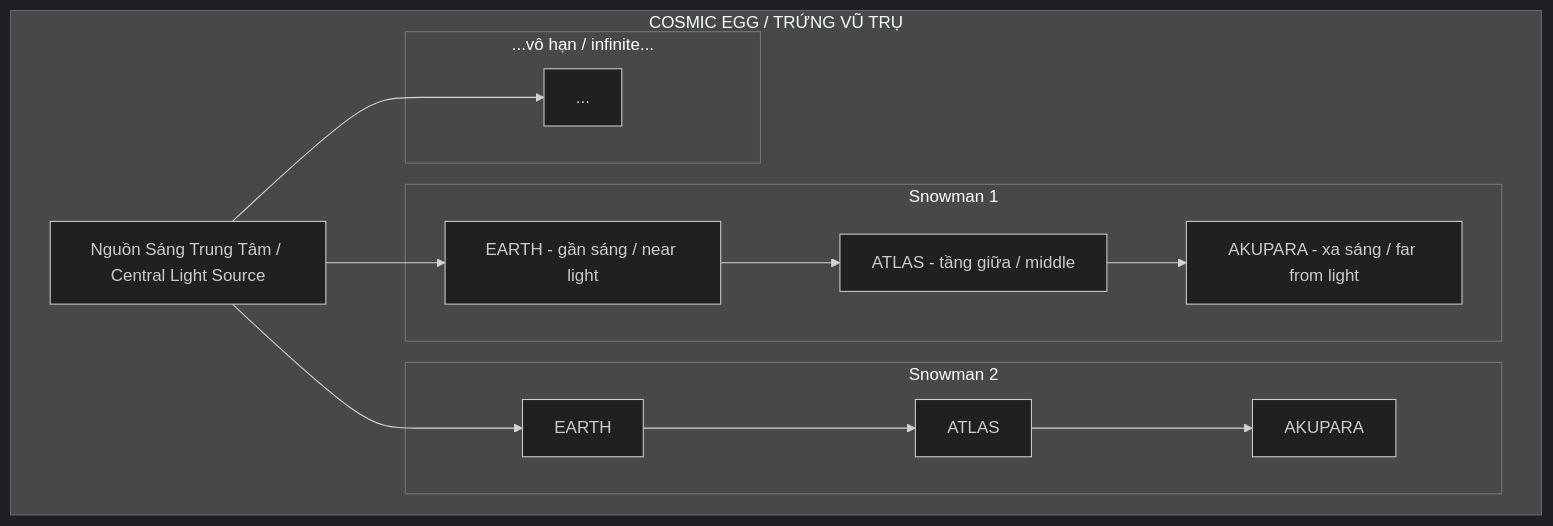
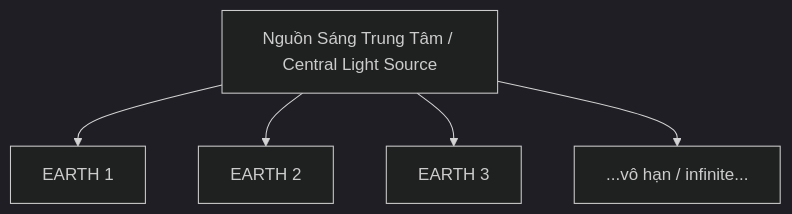
The first of 6 diagrams in esoterica/Lịch Sử Song Song — Khi Thế Giới Đồng Bộ.md (dyukahi/knowledge), drawn with Mermaid (dark theme) before and after one commit. The commit also changed other lines of this file, not shown here.

Commit message:
Fix: Cosmic Egg diagram - infinite Earths around light source, our Earth has 3 layers (Earth-Atlas-Akupara)

````diff
--- a/esoterica/Lịch Sử Song Song — Khi Thế Giới Đồng Bộ.md
+++ b/esoterica/Lịch Sử Song Song — Khi Thế Giới Đồng Bộ.md
@@ -27,28 +27,14 @@
 ```mermaid
 flowchart TB
-    subgraph CE["COSMIC EGG / TRỨNG VŨ TRỤ"]
-        SUN["Nguồn Sáng Trung Tâm / Central Light Source"]
-        
-        subgraph SW1["Snowman 1"]
-            E1["EARTH - gần sáng / near light"]
-            A1["ATLAS - tầng giữa / middle"]
-            K1["AKUPARA - xa sáng / far from light"]
-        end
-        
-        subgraph SW2["Snowman 2"]
-            E2["EARTH"]
-            A2["ATLAS"]
-            K2["AKUPARA"]
-        end
-        
-        subgraph SW3["...vô hạn / infinite..."]
-            E3["..."]
-        end
-    end
+    SUN["Nguồn Sáng Trung Tâm / Central Light Source"]
+    
+    E1["EARTH 1"]
+    E2["EARTH 2"]
+    E3["EARTH 3"]
+    E4["...vô hạn / infinite..."]
     
     SUN --> E1
     SUN --> E2
     SUN --> E3
-    E1 --> A1 --> K1
-    E2 --> A2 --> K2
+    SUN --> E4
 ```
````
